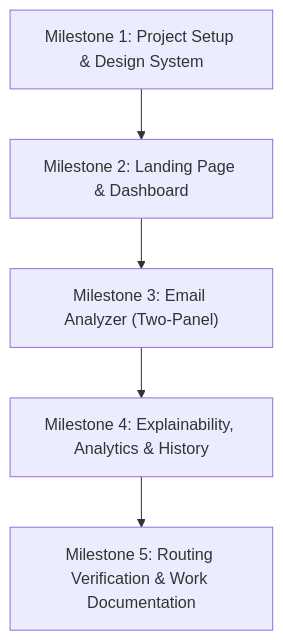
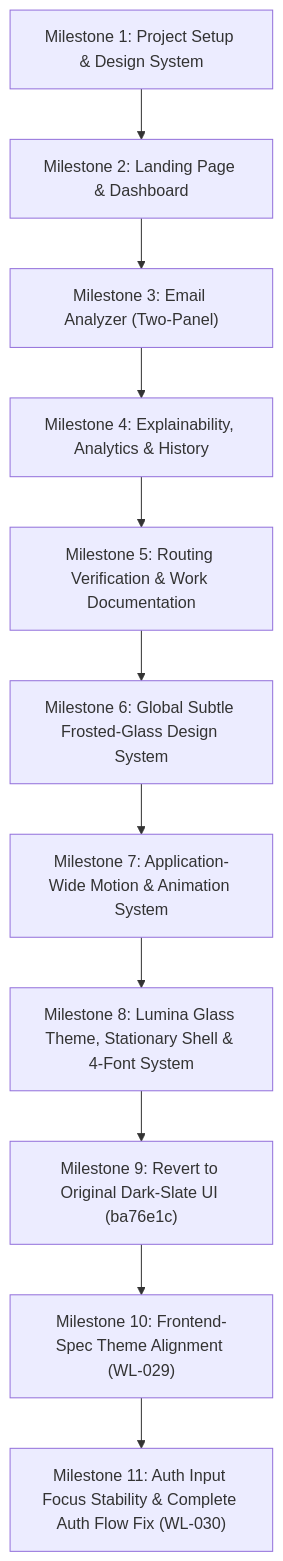
One commit to preethamkumar-26/phishing-detector changed the diagram in PROJECT_WORK_DOCUMENTATION.md. Above: the diagram before and after it, drawn with Mermaid. The commit also changed other lines of this file and 47 other files, not shown here.

````diff
--- a/PROJECT_WORK_DOCUMENTATION.md
+++ b/PROJECT_WORK_DOCUMENTATION.md
@@ -50,7 +51,13 @@
 ```mermaid
 flowchart TD
     M1["Milestone 1: Project Setup & Design System"] --> M2["Milestone 2: Landing Page & Dashboard"]
     M2 --> M3["Milestone 3: Email Analyzer (Two-Panel)"]
     M3 --> M4["Milestone 4: Explainability, Analytics & History"]
     M4 --> M5["Milestone 5: Routing Verification & Work Documentation"]
+    M5 --> M6["Milestone 6: Global Subtle Frosted-Glass Design System"]
+    M6 --> M7["Milestone 7: Application-Wide Motion & Animation System"]
+    M7 --> M8["Milestone 8: Lumina Glass Theme, Stationary Shell & 4-Font System"]
+    M8 --> M9["Milestone 9: Revert to Original Dark-Slate UI (ba76e1c)"]
+    M9 --> M10["Milestone 10: Frontend-Spec Theme Alignment (WL-029)"]
+    M10 --> M11["Milestone 11: Auth Input Focus Stability & Complete Auth Flow Fix (WL-030)"]
 ```
````
